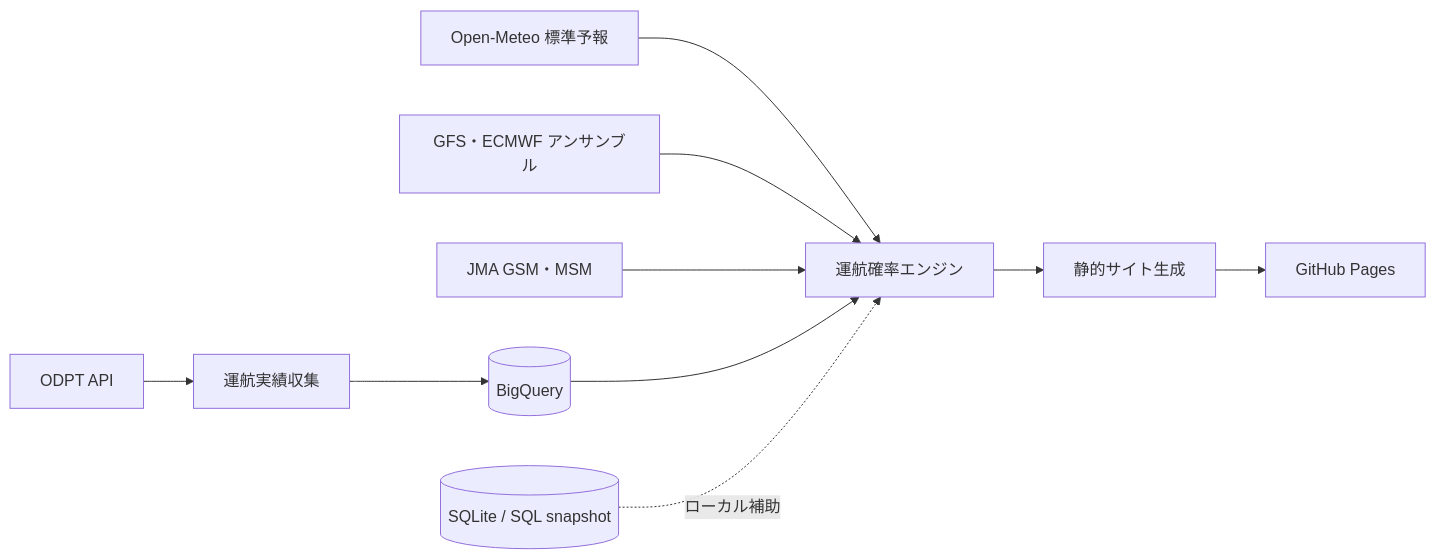
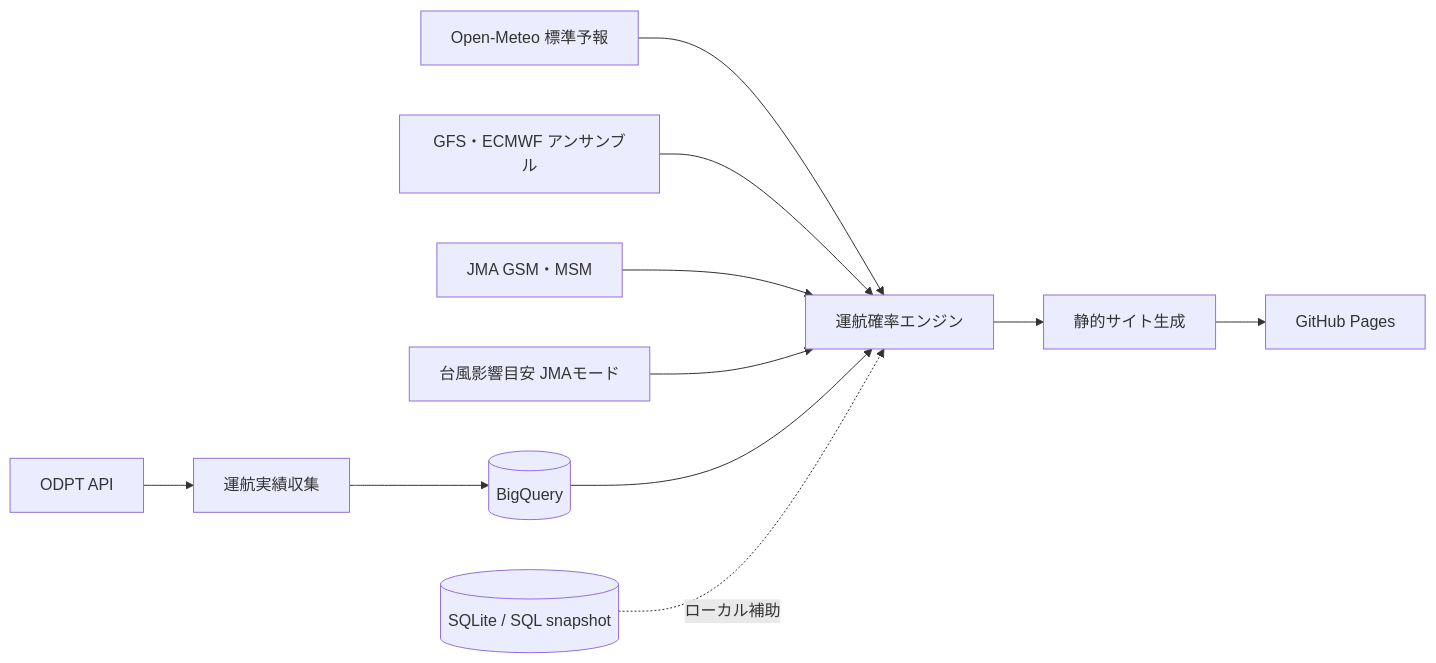
The diagram in README.md (toyo1621/8jo-flight-forecast-bot), drawn with Mermaid before and after one commit. The commit also changed other lines of this file and 7 other files, not shown here.

````diff
--- a/README.md
+++ b/README.md
@@ -40,12 +40,13 @@
 ```mermaid
 flowchart LR
     O[ODPT API] --> C[運航実績収集]
     M[Open-Meteo 標準予報] --> P[運航確率エンジン]
     E[GFS・ECMWF アンサンブル] --> P
     J[JMA GSM・MSM] --> P
+    T[台風影響目安 JMAモード] --> P
     C --> Q[(BigQuery)]
     Q --> P
     S[(SQLite / SQL snapshot)] -. ローカル補助 .-> P
     P --> B[静的サイト生成]
     B --> G[GitHub Pages]
 ```
````
